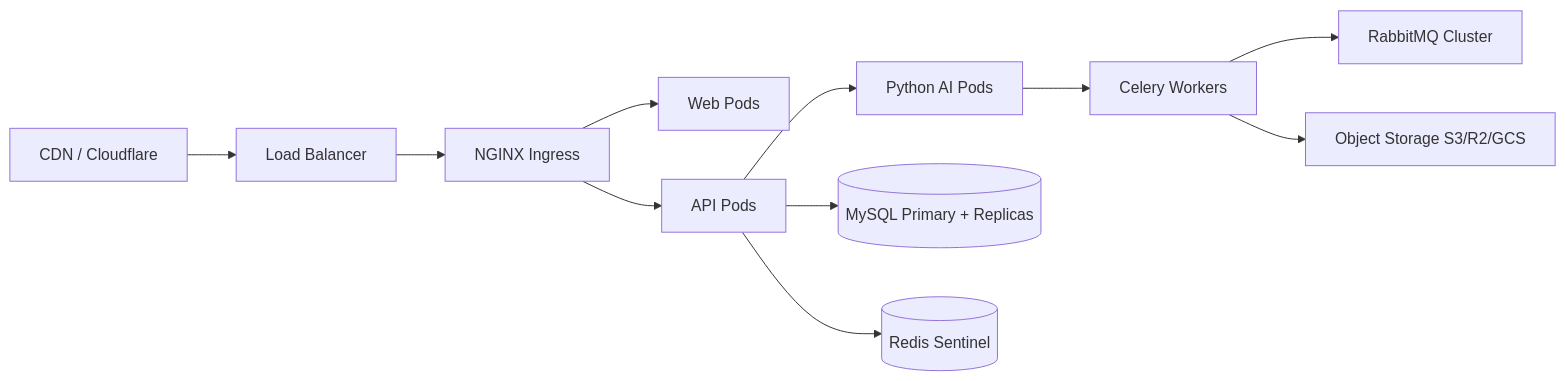
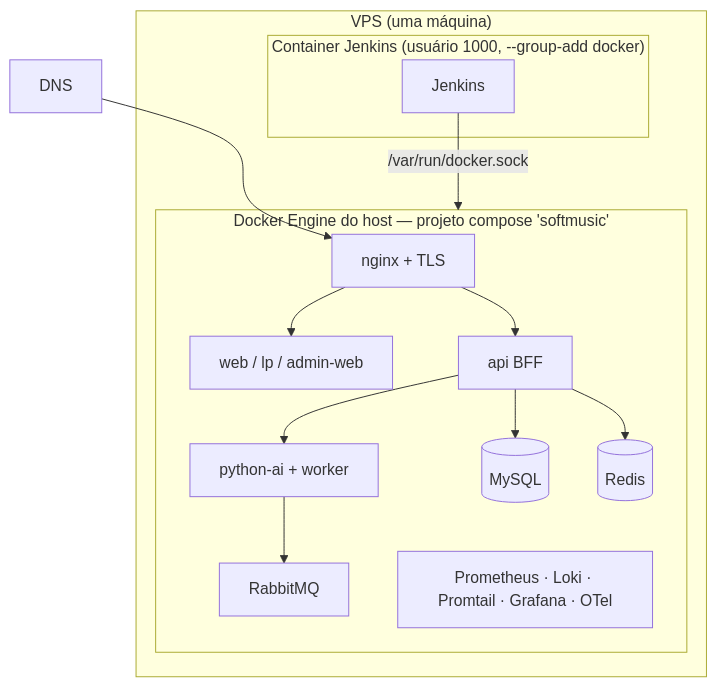
One commit to pablohalvim/softmusic changed the diagram in docs/producao/deploy-producao.md. Above: the diagram before and after it, drawn with Mermaid. The commit also changed other lines of this file and 21 other files, not shown here.

````diff
--- a/docs/producao/deploy-producao.md
+++ b/docs/producao/deploy-producao.md
@@ -7,13 +15,19 @@
 ```mermaid
-flowchart LR
-    CDN[CDN / Cloudflare] --> LB[Load Balancer]
-    LB --> NGINX[NGINX Ingress]
-    NGINX --> WEB[Web Pods]
-    NGINX --> API[API Pods]
-    API --> AI[Python AI Pods]
-    AI --> WRK[Celery Workers]
-    WRK --> RMQ[RabbitMQ Cluster]
-    API --> MYSQL[(MySQL Primary + Replicas)]
-    API --> REDIS[(Redis Sentinel)]
-    WRK --> OBJ[Object Storage S3/R2/GCS]
+flowchart TB
+    subgraph VPS["VPS (uma máquina)"]
+      subgraph JC["Container Jenkins (usuário 1000, --group-add docker)"]
+        JENKINS["Jenkins"]
+      end
+      subgraph DOCKER["Docker Engine do host — projeto compose 'softmusic'"]
+        NGINX[nginx + TLS] --> WEB[web / lp / admin-web]
+        NGINX --> API[api BFF]
+        API --> AI[python-ai + worker]
+        API --> MYSQL[(MySQL)]
+        API --> REDIS[(Redis)]
+        AI --> RMQ[RabbitMQ]
+        OBS[Prometheus · Loki · Promtail · Grafana · OTel]
+      end
+      JENKINS -->|/var/run/docker.sock| DOCKER
+    end
+    DNS[DNS] --> NGINX
 ```
````
